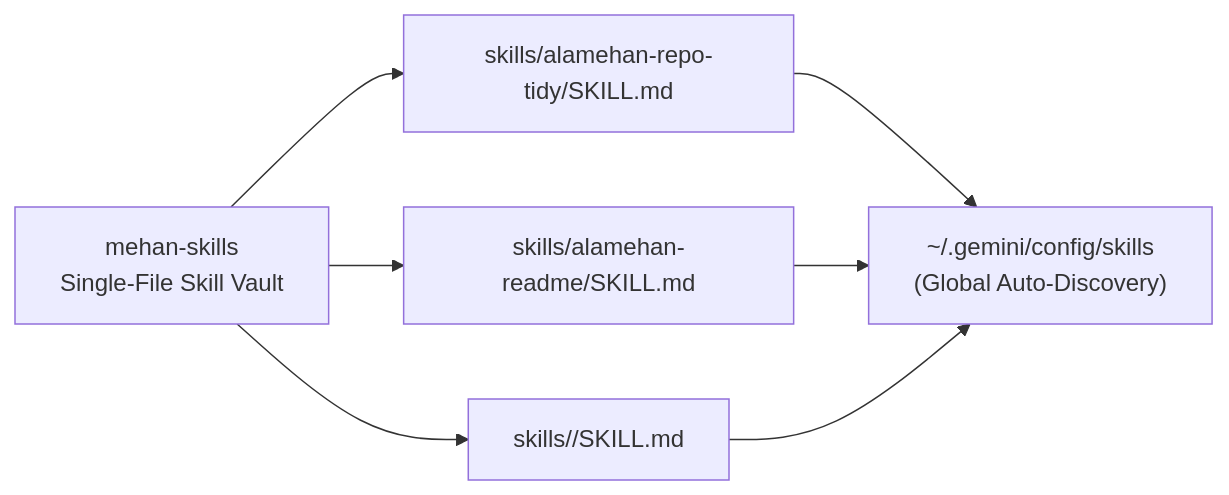
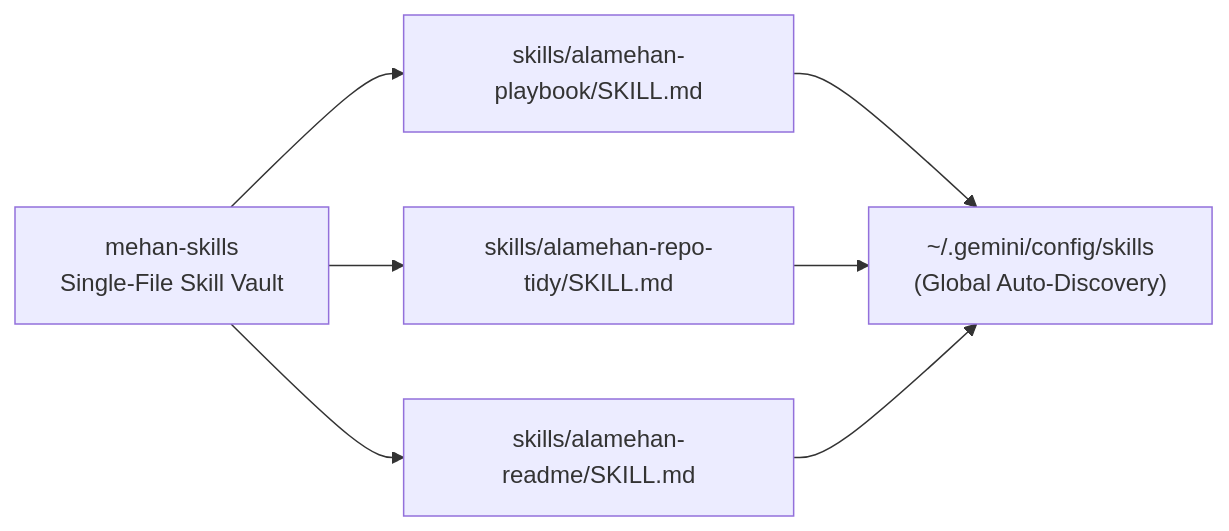
One commit to alamehan/mehan-skills changed the diagram in README.md. Above: the diagram before and after it, drawn with Mermaid. The commit also changed other lines of this file and 4 other files, not shown here.

Commit message:
feat(playbook): add universal 12-playbook skill & sync bilingual catalog

````diff
--- a/README.md
+++ b/README.md
@@ -80,9 +84,9 @@
 ```mermaid
 flowchart LR
-  vault["mehan-skills<br/>Single-File Skill Vault"] --> tidy["skills/alamehan-repo-tidy/SKILL.md"]
+  vault["mehan-skills<br/>Single-File Skill Vault"] --> play["skills/alamehan-playbook/SKILL.md"]
+  vault --> tidy["skills/alamehan-repo-tidy/SKILL.md"]
   vault --> rdm["skills/alamehan-readme/SKILL.md"]
-  vault --> next["skills/<next-skill>/SKILL.md"]
-  tidy --> global["~/.gemini/config/skills<br/>(Global Auto-Discovery)"]
+  play --> global["~/.gemini/config/skills<br/>(Global Auto-Discovery)"]
+  tidy --> global
   rdm --> global
-  next --> global
 ```
````
